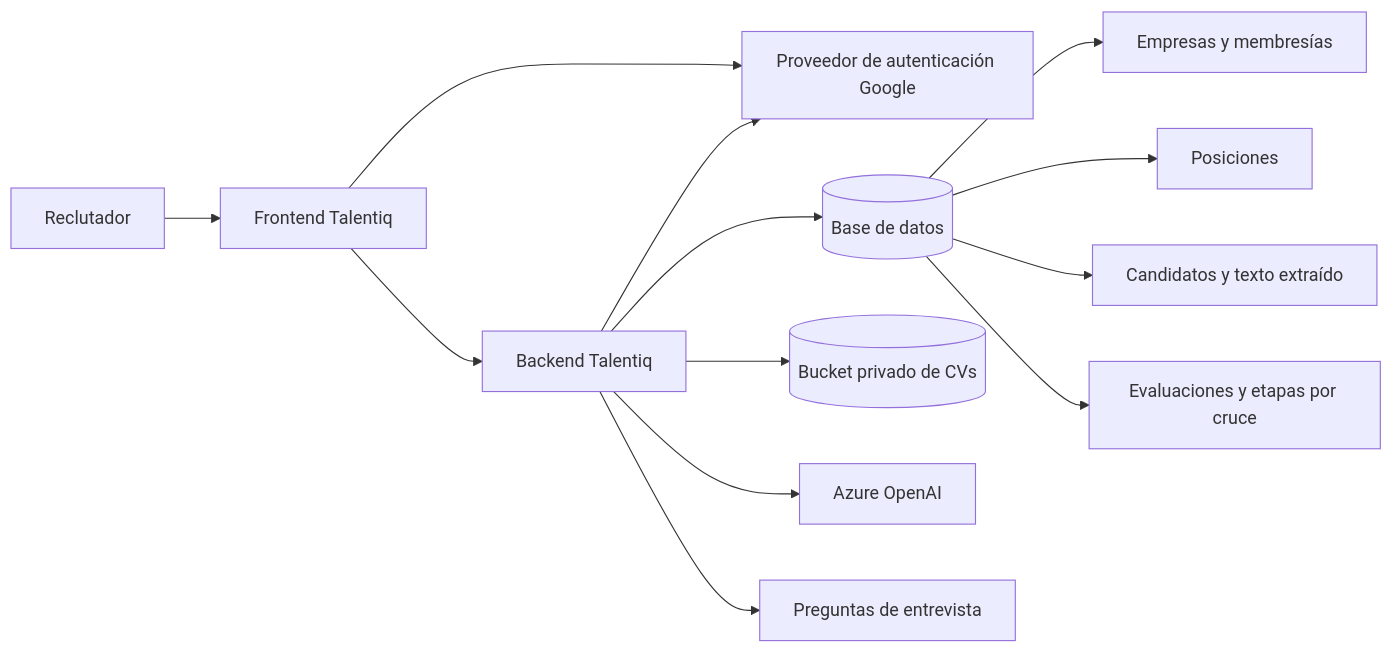
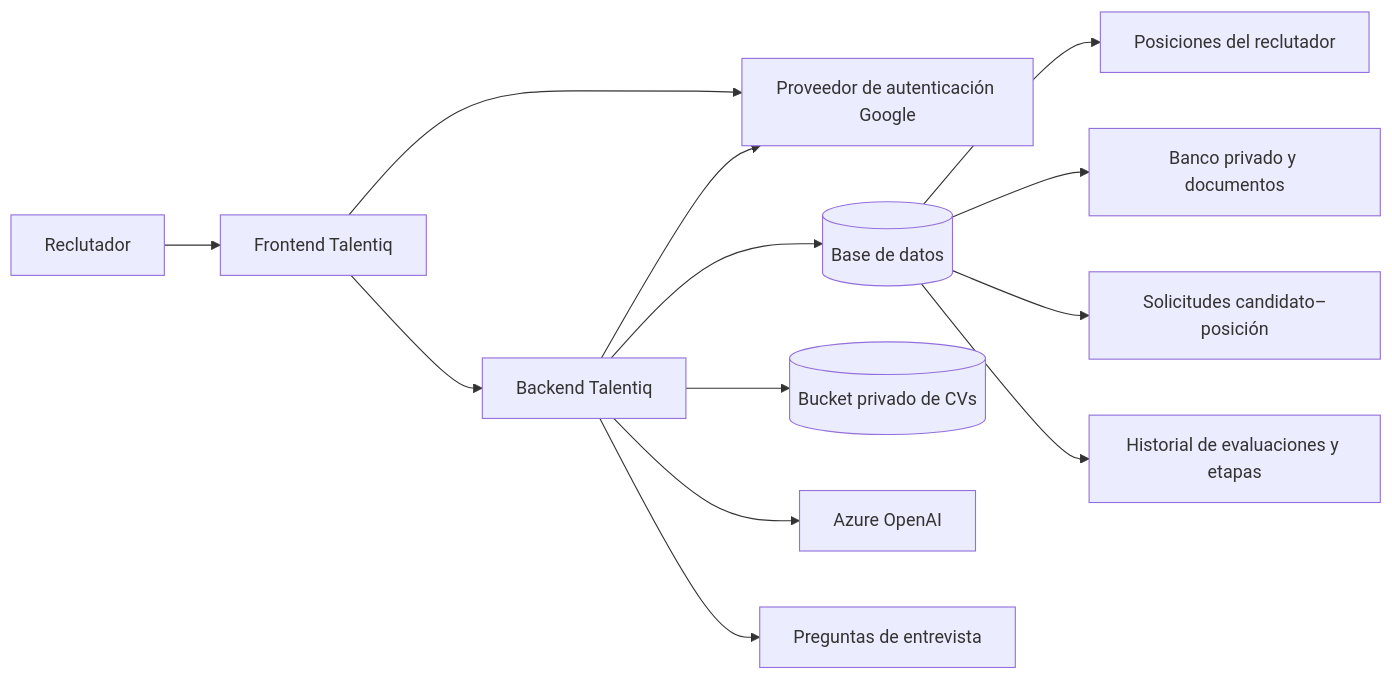
Before and after one commit to Rafaruiz44/talentiq: the second of 2 diagrams in documentacion/arquitectura-y-alcance.md, drawn with Mermaid. The commit also changed other lines of this file and 19 other files, not shown here.

````diff
--- a/documentacion/arquitectura-y-alcance.md
+++ b/documentacion/arquitectura-y-alcance.md
@@ -113,15 +111,15 @@
 ```mermaid
 flowchart LR
     R[Reclutador] --> UI[Frontend Talentiq]
     UI --> AUTH[Proveedor de autenticación Google]
     UI --> API[Backend Talentiq]
     API --> AUTH
     API --> DB[(Base de datos)]
     API --> B[(Bucket privado de CVs)]
     API --> AOAI[Azure OpenAI]
-    DB --> ORG[Empresas y membresías]
-    DB --> JOB[Posiciones]
-    DB --> CAND[Candidatos y texto extraído]
-    DB --> EVAL[Evaluaciones y etapas por cruce]
+    DB --> JOB[Posiciones del reclutador]
+    DB --> CAND[Banco privado y documentos]
+    DB --> APP[Solicitudes candidato–posición]
+    DB --> EVAL[Historial de evaluaciones y etapas]
     API --> Q[Preguntas de entrevista]
 ```
````
